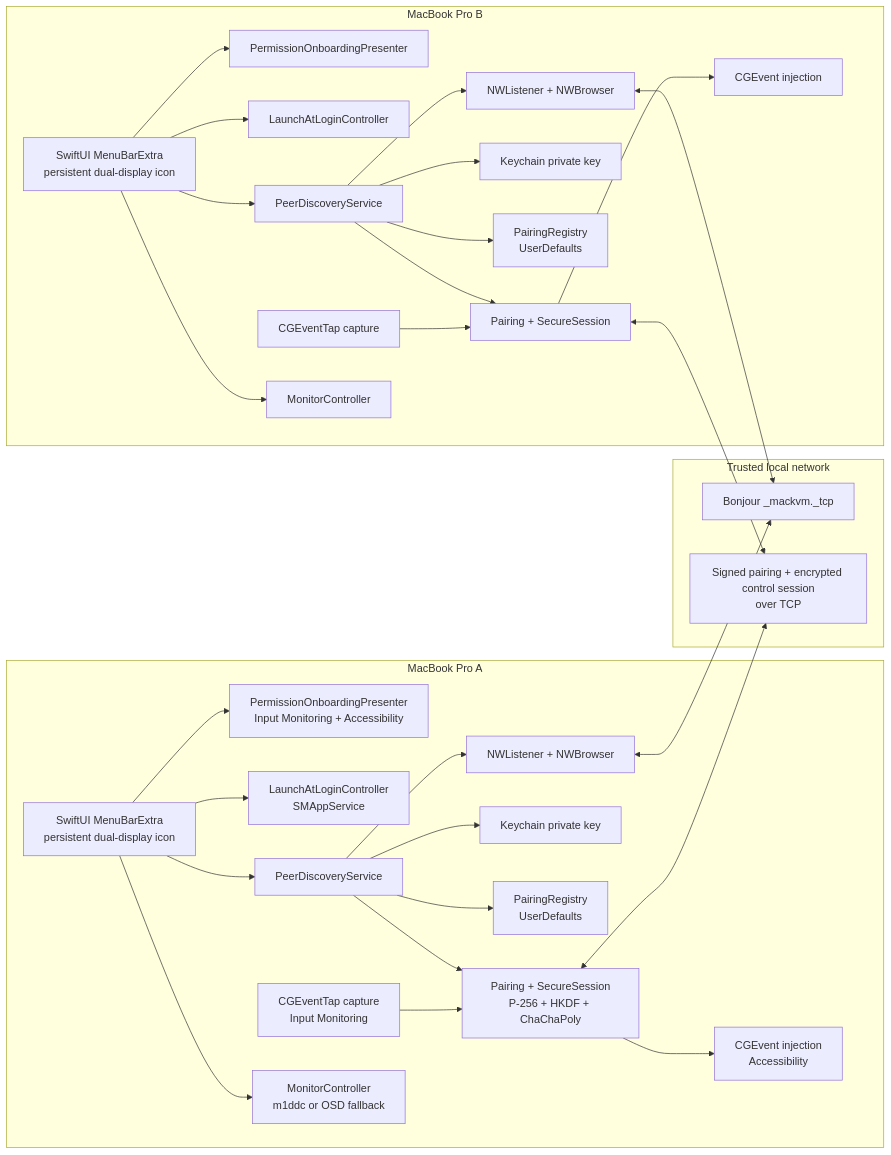
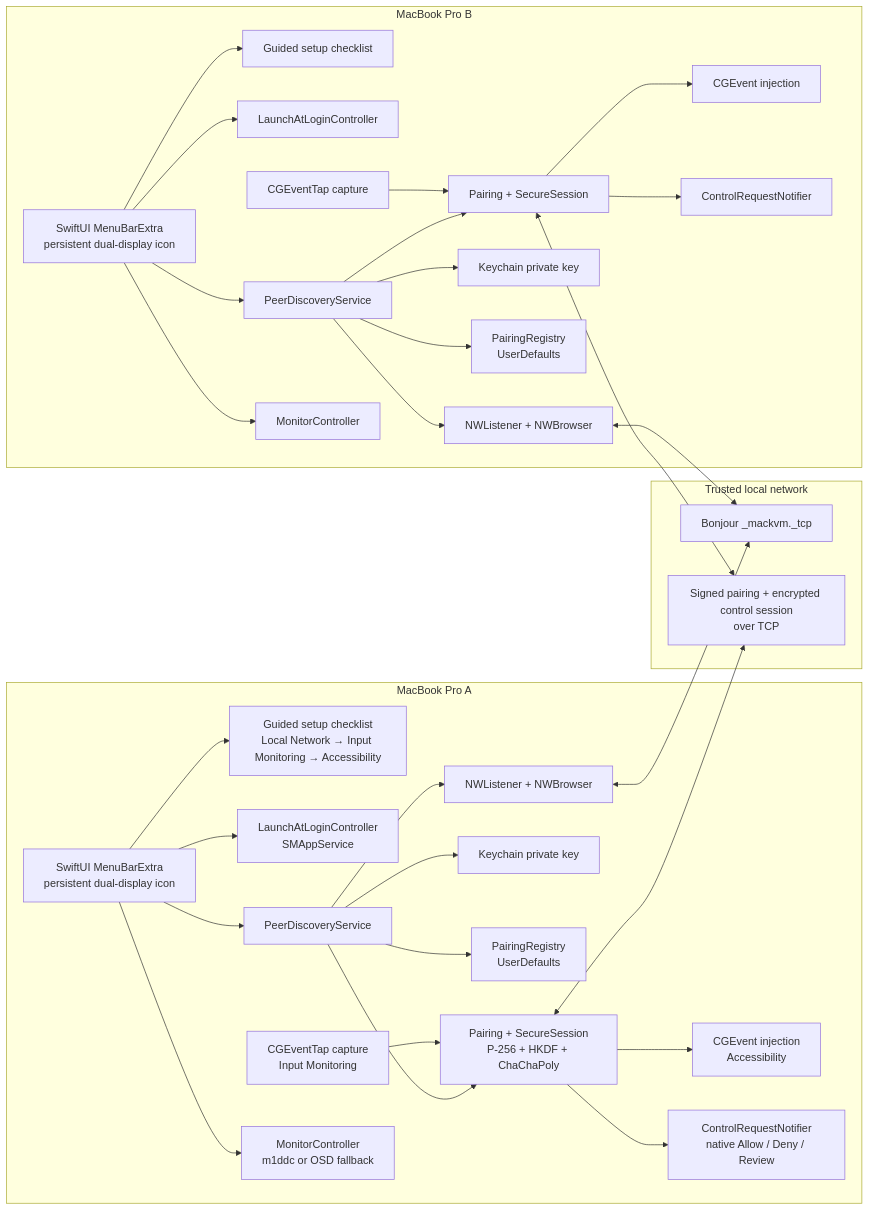
One commit to rudinyu/MacKVM changed the first of 3 diagrams in ARCHITECTURE.md. Above: the diagram before and after it, drawn with Mermaid. The commit also changed other lines of this file and 17 other files, not shown here.

````diff
--- a/ARCHITECTURE.md
+++ b/ARCHITECTURE.md
@@ -9,60 +10,64 @@
 ```mermaid
 flowchart LR
     subgraph MacA["MacBook Pro A"]
         UIA["SwiftUI MenuBarExtra<br/>persistent dual-display icon"]
-        PermA["PermissionOnboardingPresenter<br/>Input Monitoring + Accessibility"]
+        PermA["Guided setup checklist<br/>Local Network → Input Monitoring → Accessibility"]
         LoginA["LaunchAtLoginController<br/>SMAppService"]
         DA["PeerDiscoveryService"]
         WA["NWListener + NWBrowser"]
         KA["Keychain private key"]
         RA["PairingRegistry<br/>UserDefaults"]
         PA["Pairing + SecureSession<br/>P-256 + HKDF + ChaChaPoly"]
         IA["CGEventTap capture<br/>Input Monitoring"]
         OA["CGEvent injection<br/>Accessibility"]
+        NA["ControlRequestNotifier<br/>native Allow / Deny / Review"]
         MA["MonitorController<br/>m1ddc or OSD fallback"]
         UIA --> DA
         UIA --> PermA
         UIA --> LoginA
         DA --> WA
         DA --> PA
         DA --> KA
         DA --> RA
         IA --> PA
         PA --> OA
+        PA --> NA
         UIA --> MA
     end
 
     subgraph LAN["Trusted local network"]
         Bonjour["Bonjour _mackvm._tcp"]
         TCP["Signed pairing + encrypted control session<br/>over TCP"]
     end
 
     subgraph MacB["MacBook Pro B"]
         UIB["SwiftUI MenuBarExtra<br/>persistent dual-display icon"]
-        PermB["PermissionOnboardingPresenter"]
+        PermB["Guided setup checklist"]
         LoginB["LaunchAtLoginController"]
         DB["PeerDiscoveryService"]
         WB["NWListener + NWBrowser"]
         KB["Keychain private key"]
         RB["PairingRegistry<br/>UserDefaults"]
         PB["Pairing + SecureSession"]
         IB["CGEventTap capture"]
         OB["CGEvent injection"]
+        NB["ControlRequestNotifier"]
         MB["MonitorController"]
         UIB --> DB
         UIB --> PermB
         UIB --> LoginB
         DB --> WB
         DB --> PB
         DB --> KB
         DB --> RB
         IB --> PB
         PB --> OB
+        PB --> NB
         UIB --> MB
     end
 
     WA <--> Bonjour
     WB <--> Bonjour
     PA <--> TCP
     PB <--> TCP
 ```
````
